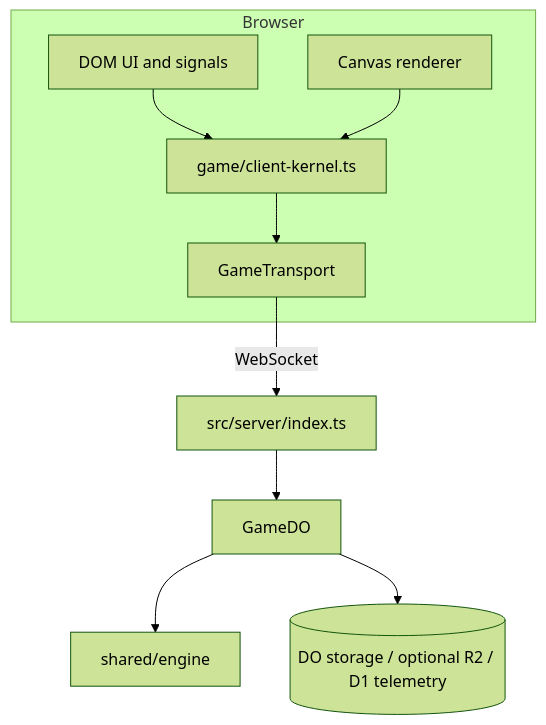
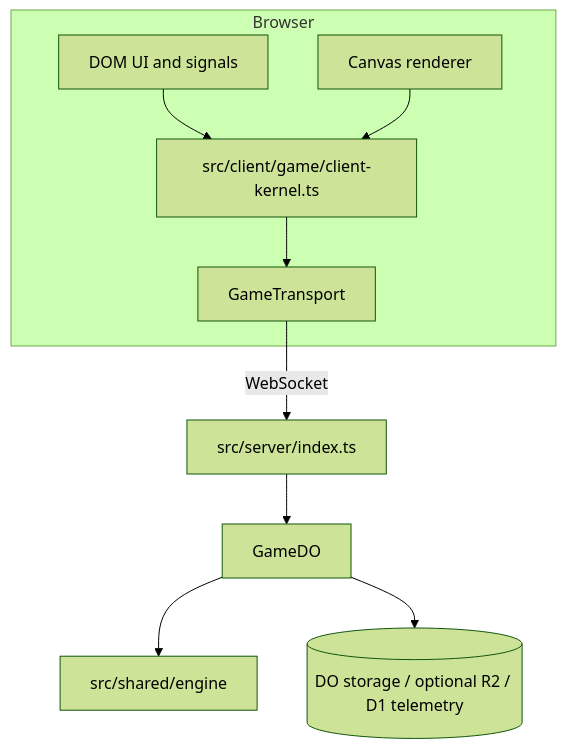
The first of 5 diagrams in docs/ARCHITECTURE.md (tre-systems/delta-v), drawn with Mermaid (forest theme) before and after one commit. The commit also changed other lines of this file, not shown here.

First line of the commit message:
Update architecture doc for current module layout

````diff
--- a/docs/ARCHITECTURE.md
+++ b/docs/ARCHITECTURE.md
@@ -56,15 +56,15 @@
 ```mermaid
 flowchart TB
   subgraph Browser
     UI[DOM UI and signals]
     CV[Canvas renderer]
-    KERNEL[game/client-kernel.ts]
+    KERNEL[src/client/game/client-kernel.ts]
     UI --> KERNEL
     CV --> KERNEL
     KERNEL --> TRANSPORT[GameTransport]
   end
   TRANSPORT -->|WebSocket| WORKER[src/server/index.ts]
   WORKER --> DO[GameDO]
-  DO --> ENGINE[shared/engine]
+  DO --> ENGINE[src/shared/engine]
   DO --> STORES[(DO storage / optional R2 / D1 telemetry)]
 ```
````
